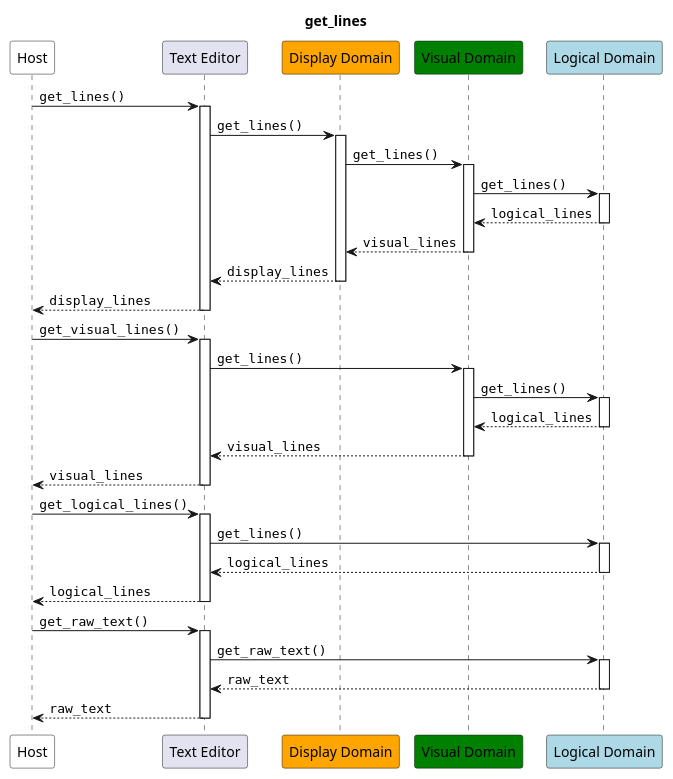
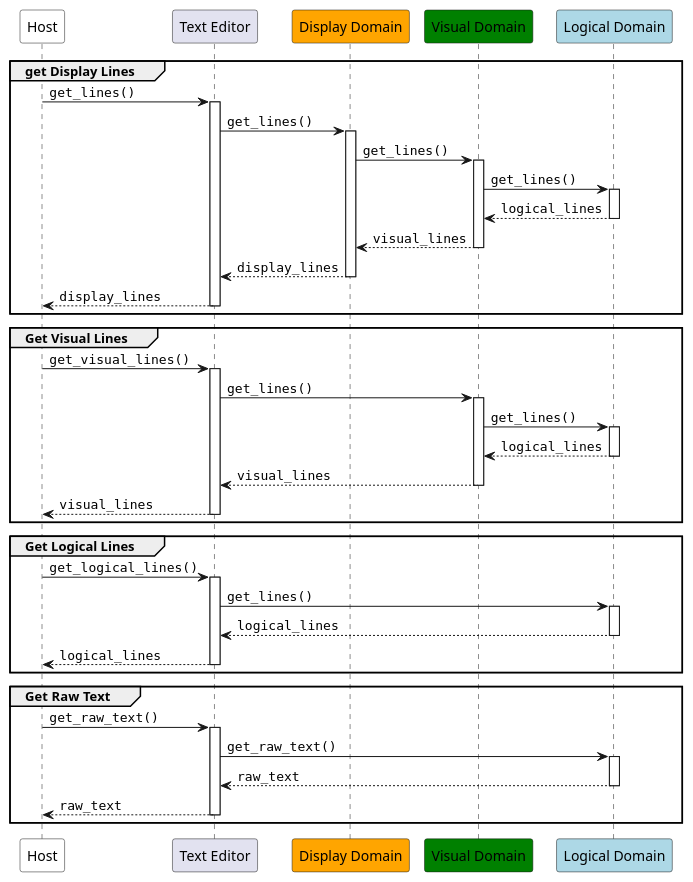
One commit to JoeRittiner/TextEngine changed the diagram in docs/source/specs/architecture/diagrams/seq_get_lines.puml. Above: the diagram before and after it, drawn with PlantUML. The commit also changed 12 other files, not shown here.

First line of the commit message:
doc: Update the index and main diagrams.

```diff
--- a/docs/source/specs/architecture/diagrams/seq_get_lines.puml
+++ b/docs/source/specs/architecture/diagrams/seq_get_lines.puml
@@ -1,66 +1,68 @@
 @startuml
-
-title get_lines
 
 participant Host as App #white
 participant "Text Editor" as Facade
 participant "Display Domain" as DD #orange
 participant "Visual Domain" as VD #green
 participant "Logical Domain" as LD #lightblue
 
-App -> Facade : ""get_lines()""
-activate Facade
+Group get Display Lines
+    App -> Facade : ""get_lines()""
+    activate Facade
 
-Facade -> DD : ""get_lines()""
-activate DD
+    Facade -> DD : ""get_lines()""
+    activate DD
 
-DD -> VD : ""get_lines()""
-activate VD
+    DD -> VD : ""get_lines()""
+    activate VD
 
-VD -> LD : ""get_lines()""
-activate LD
+    VD -> LD : ""get_lines()""
+    activate LD
 
-return ""logical_lines""
-return ""visual_lines""
-return ""display_lines""
-return ""display_lines""
+    return ""logical_lines""
+    return ""visual_lines""
+    return ""display_lines""
+    return ""display_lines""
+end
 
 
+Group Get Visual Lines
+    App -> Facade : ""get_visual_lines()""
+    activate Facade
 
-App -> Facade : ""get_visual_lines()""
-activate Facade
+    Facade -> VD : ""get_lines()""
+    activate VD
 
-Facade -> VD : ""get_lines()""
-activate VD
+    VD -> LD : ""get_lines()""
+    activate LD
 
-VD -> LD : ""get_lines()""
-activate LD
-
-return ""logical_lines""
-return ""visual_lines""
-return ""visual_lines""
+    return ""logical_lines""
+    return ""visual_lines""
+    return ""visual_lines""
+end
 
 
+Group Get Logical Lines
+    App -> Facade : ""get_logical_lines()""
+    activate Facade
 
-App -> Facade : ""get_logical_lines()""
-activate Facade
+    Facade -> LD : ""get_lines()""
+    activate LD
 
-Facade -> LD : ""get_lines()""
-activate LD
-
-return ""logical_lines""
-return ""logical_lines""
+    return ""logical_lines""
+    return ""logical_lines""
+end
 
 
+Group Get Raw Text
+    App -> Facade : ""get_raw_text()""
+    activate Facade
 
-App -> Facade : ""get_raw_text()""
-activate Facade
+    Facade -> LD : ""get_raw_text()""
+    activate LD
 
-Facade -> LD : ""get_raw_text()""
-activate LD
-
-return ""raw_text""
-return ""raw_text""
-
+    return ""raw_text""
+    return ""raw_text""
+end
 
 @enduml
```
